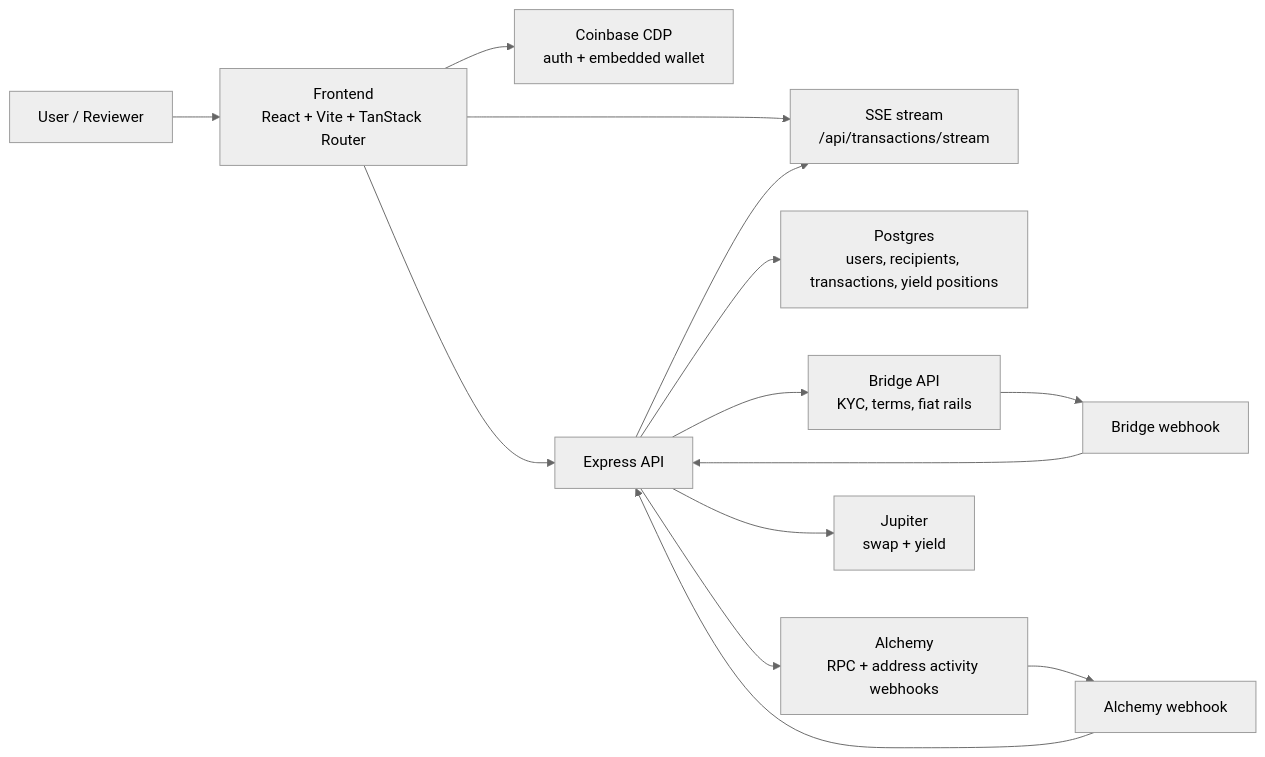
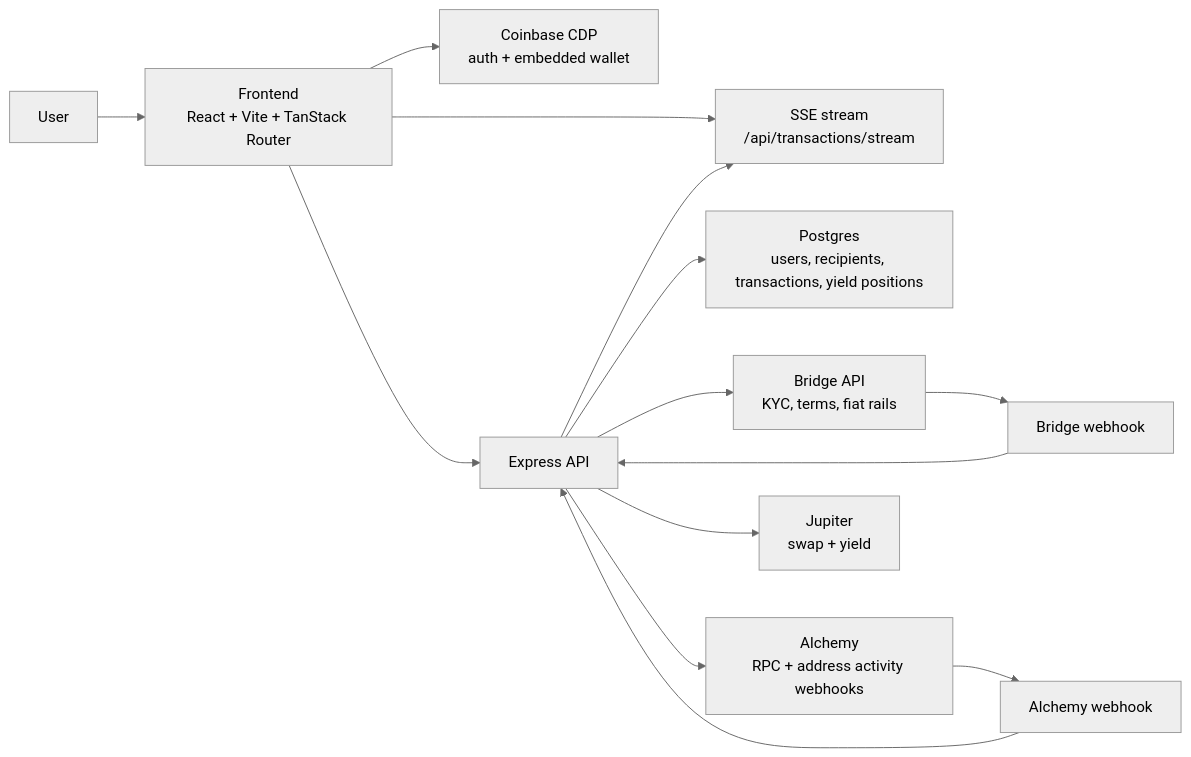
The diagram in README.md (wenblock/monra-hackathon-app), drawn with Mermaid (neutral theme) before and after one commit. The commit also changed other lines of this file, not shown here.

````diff
--- a/README.md
+++ b/README.md
@@ -88,18 +88,18 @@
 ```mermaid
 flowchart LR
-  U["User / Reviewer"] --> FE["Frontend<br/>React + Vite + TanStack Router"]
+  U["User"] --> FE["Frontend<br/>React + Vite + TanStack Router"]
   FE --> CDP["Coinbase CDP<br/>auth + embedded wallet"]
   FE --> API["Express API"]
   FE --> SSE["SSE stream<br/>/api/transactions/stream"]
 
   API --> PG["Postgres<br/>users, recipients, transactions, yield positions"]
   API --> BR["Bridge API<br/>KYC, terms, fiat rails"]
   API --> AL["Alchemy<br/>RPC + address activity webhooks"]
   API --> JP["Jupiter<br/>swap + yield"]
 
   BR --> BWH["Bridge webhook"]
   AL --> AWH["Alchemy webhook"]
   BWH --> API
   AWH --> API
   API --> SSE
 ```
````
